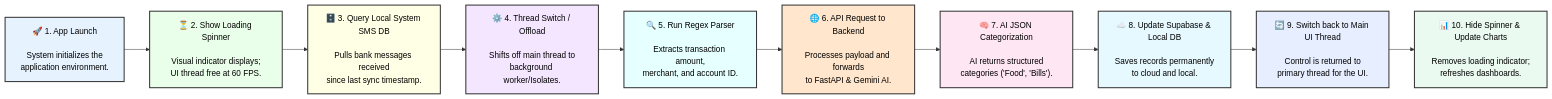
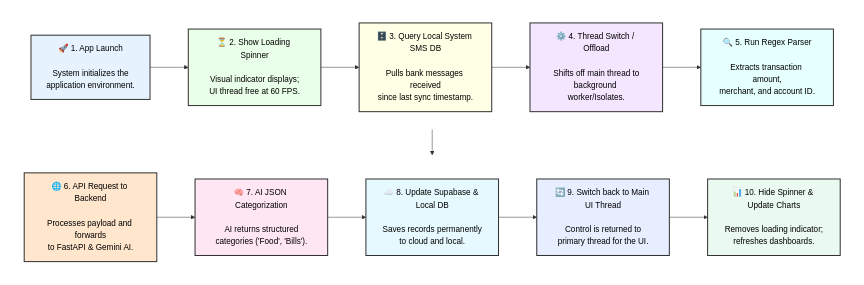
The diagram in README.md (EPIC-SID/Financial_Management_System), drawn with Mermaid before and after one commit.

Commit message:
docs: restructure workflow mermaid diagram into two rows for better readability

````diff
--- a/README.md
+++ b/README.md
@@ -53,29 +53,38 @@
 ```mermaid
-flowchart LR
-    A["🚀 1. App Launch<br/><br/>System initializes the<br/>application environment."]
-    B["⏳ 2. Show Loading Spinner<br/><br/>Visual indicator displays;<br/>UI thread free at 60 FPS."]
-    C["🗄️ 3. Query Local System SMS DB<br/><br/>Pulls bank messages received<br/>since last sync timestamp."]
-    D["⚙️ 4. Thread Switch / Offload<br/><br/>Shifts off main thread to<br/>background worker/Isolates."]
-    E["🔍 5. Run Regex Parser<br/><br/>Extracts transaction amount,<br/>merchant, and account ID."]
+flowchart TB
+    subgraph Row1[" "]
+        direction LR
+        A["🚀 1. App Launch<br/><br/>System initializes the<br/>application environment."]
+        B["⏳ 2. Show Loading Spinner<br/><br/>Visual indicator displays;<br/>UI thread free at 60 FPS."]
+        C["🗄️ 3. Query Local System SMS DB<br/><br/>Pulls bank messages received<br/>since last sync timestamp."]
+        D["⚙️ 4. Thread Switch / Offload<br/><br/>Shifts off main thread to<br/>background worker/Isolates."]
+        E["🔍 5. Run Regex Parser<br/><br/>Extracts transaction amount,<br/>merchant, and account ID."]
+        A --> B --> C --> D --> E
+    end
     
-    F["🌐 6. API Request to Backend<br/><br/>Processes payload and forwards<br/>to FastAPI & Gemini AI."]
-    G["🧠 7. AI JSON Categorization<br/><br/>AI returns structured<br/>categories ('Food', 'Bills')."]
-    H["☁️ 8. Update Supabase & Local DB<br/><br/>Saves records permanently<br/>to cloud and local."]
-    I["🔄 9. Switch back to Main UI Thread<br/><br/>Control is returned to<br/>primary thread for the UI."]
-    J["📊 10. Hide Spinner & Update Charts<br/><br/>Removes loading indicator;<br/>refreshes dashboards."]
+    subgraph Row2[" "]
+        direction LR
+        F["🌐 6. API Request to Backend<br/><br/>Processes payload and forwards<br/>to FastAPI & Gemini AI."]
+        G["🧠 7. AI JSON Categorization<br/><br/>AI returns structured<br/>categories ('Food', 'Bills')."]
+        H["☁️ 8. Update Supabase & Local DB<br/><br/>Saves records permanently<br/>to cloud and local."]
+        I["🔄 9. Switch back to Main UI Thread<br/><br/>Control is returned to<br/>primary thread for the UI."]
+        J["📊 10. Hide Spinner & Update Charts<br/><br/>Removes loading indicator;<br/>refreshes dashboards."]
+        F --> G --> H --> I --> J
+    end
 
-    A --> B --> C --> D --> E
     E --> F
-    F --> G --> H --> I --> J
+
+    style Row1 fill:none,stroke:none
+    style Row2 fill:none,stroke:none
 
     style A fill:#e6f3ff,stroke:#333,stroke-width:2px,color:#000
     style B fill:#eaffea,stroke:#333,stroke-width:2px,color:#000
     style C fill:#ffffe6,stroke:#333,stroke-width:2px,color:#000
     style D fill:#f4e6ff,stroke:#333,stroke-width:2px,color:#000
     style E fill:#e6ffff,stroke:#333,stroke-width:2px,color:#000
     style F fill:#ffe6cc,stroke:#333,stroke-width:2px,color:#000
     style G fill:#ffe6f3,stroke:#333,stroke-width:2px,color:#000
     style H fill:#e6f9ff,stroke:#333,stroke-width:2px,color:#000
     style I fill:#e6eeff,stroke:#333,stroke-width:2px,color:#000
     style J fill:#eafaf1,stroke:#333,stroke-width:2px,color:#000
 ```
````
